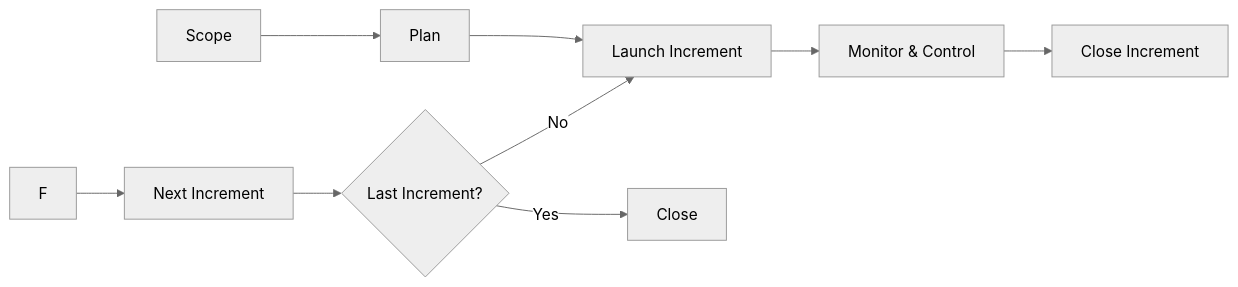
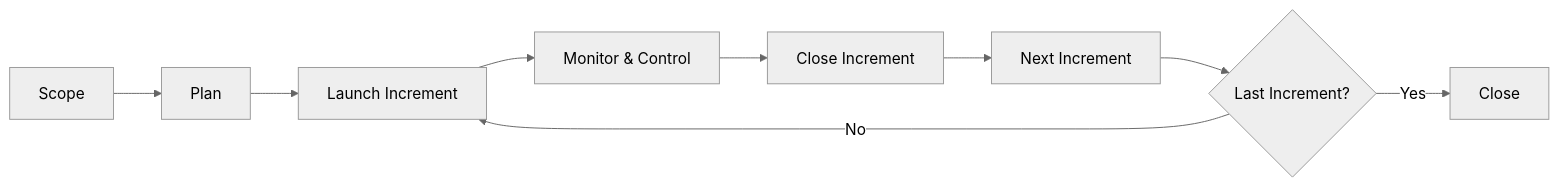
One commit to Oldranda1414/SP2PFL-ProjectManagement changed the second of 2 diagrams in docs/scoping.md. Above: the diagram before and after it, drawn with Mermaid (neutral theme).

Commit message:
fix PMLC graph

````diff
--- a/docs/scoping.md
+++ b/docs/scoping.md
@@ -606,11 +606,11 @@
 ```mermaid
 flowchart LR
     A[Scope] --> B[Plan]
     B --> C[Launch Increment]
     C --> D[Monitor & Control]
     D --> E[Close Increment]
-    F --> G[Next Increment]
-    G --> H{Last Increment?}
-    H -->|Yes| I[Close]
-    H -->|No| C
+    E --> F[Next Increment]
+    F --> G{Last Increment?}
+    G -->|Yes| H[Close]
+    G -->|No| C
 ```
````
